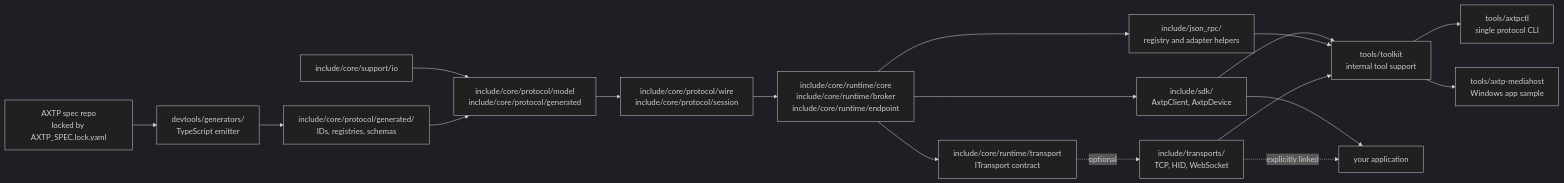
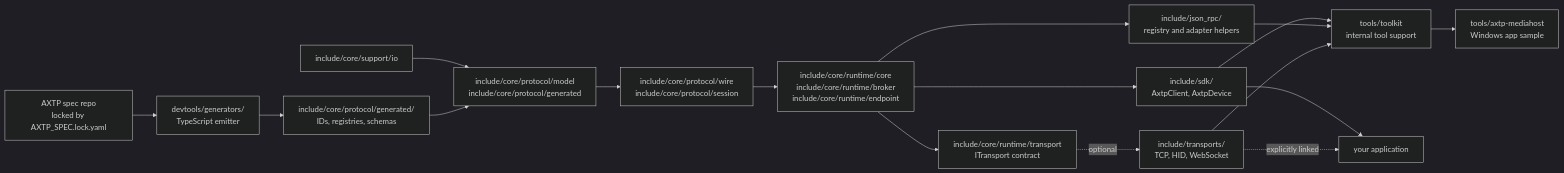
Before and after one commit to Mostorm-Labs/axtp-cpp-runtime: the diagram in README.md, drawn with Mermaid (dark theme). The commit also changed other lines of this file and 21 other files, not shown here.

````diff
--- a/README.md
+++ b/README.md
@@ -12,24 +12,23 @@
 ```mermaid
 flowchart LR
     Spec["AXTP spec repo\nlocked by AXTP_SPEC.lock.yaml"] --> Generators["devtools/generators/\nTypeScript emitter"]
     Generators --> Generated["include/core/protocol/generated/\nIDs, registries, schemas"]
 
     Support["include/core/support/io"] --> Protocol["include/core/protocol/model\ninclude/core/protocol/generated"]
     Generated --> Protocol
     Protocol --> Wire["include/core/protocol/wire\ninclude/core/protocol/session"]
     Wire --> Runtime["include/core/runtime/core\ninclude/core/runtime/broker\ninclude/core/runtime/endpoint"]
     Runtime --> SDK["include/sdk/\nAxtpClient, AxtpDevice"]
 
     Runtime --> TransportApi["include/core/runtime/transport\nITransport contract"]
     TransportApi -. optional .-> ConcreteTransports["include/transports/\nTCP, HID, WebSocket"]
 
     Runtime --> JsonRpc["include/json_rpc/\nregistry and adapter helpers"]
     SDK --> Toolkit["tools/toolkit\ninternal tool support"]
     JsonRpc --> Toolkit
     ConcreteTransports --> Toolkit
-    Toolkit --> Axtpctl["tools/axtpctl\nsingle protocol CLI"]
     Toolkit --> MediaHost["tools/axtp-mediahost\nWindows app sample"]
 
     SDK --> Apps["your application"]
     ConcreteTransports -. explicitly linked .-> Apps
 ```
````
